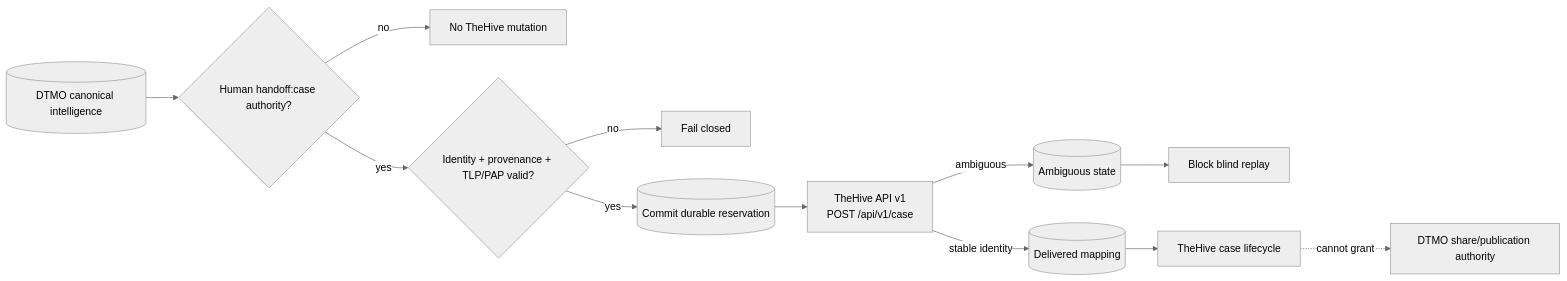
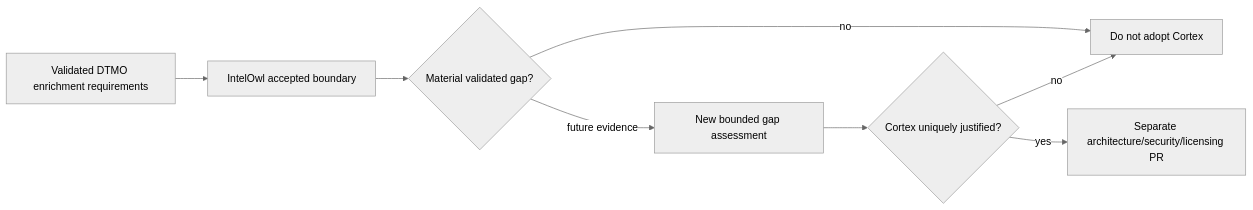
Before and after one commit to GJvManen/dtmo: the diagram in docs/README.md, drawn with Mermaid (neutral theme). The commit also changed other lines of this file, not shown here.

Commit message:
Phase 11.7: expose Cortex decision gate in docs portal

````diff
--- a/docs/README.md
+++ b/docs/README.md
@@ -58,14 +54,10 @@
 ```mermaid
 flowchart LR
-    D[(DTMO canonical intelligence)] --> A{Human handoff:case authority?}
-    A -->|no| N[No TheHive mutation]
-    A -->|yes| V{Identity + provenance + TLP/PAP valid?}
-    V -->|no| X[Fail closed]
-    V -->|yes| R[(Commit durable reservation)]
-    R --> T[TheHive API v1\nPOST /api/v1/case]
-    T -->|stable identity| M[(Delivered mapping)]
-    T -->|ambiguous| U[(Ambiguous state)]
-    U --> B[Block blind replay]
-    M --> H[TheHive case lifecycle]
-    H -. cannot grant .-> S[DTMO share/publication authority]
+    R[Validated DTMO enrichment requirements] --> I[IntelOwl accepted boundary]
+    I --> G{Material validated gap?}
+    G -->|no| N[Do not adopt Cortex]
+    G -->|future evidence| A[New bounded gap assessment]
+    A --> C{Cortex uniquely justified?}
+    C -->|no| N
+    C -->|yes| P[Separate architecture/security/licensing PR]
 ```
````
